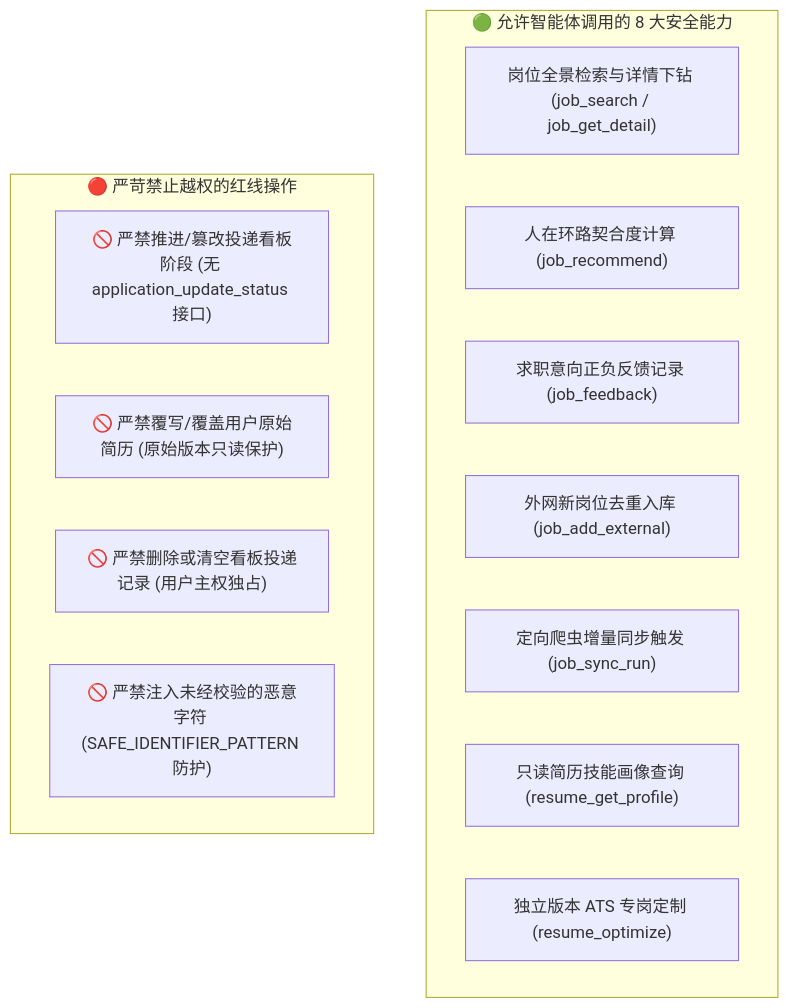
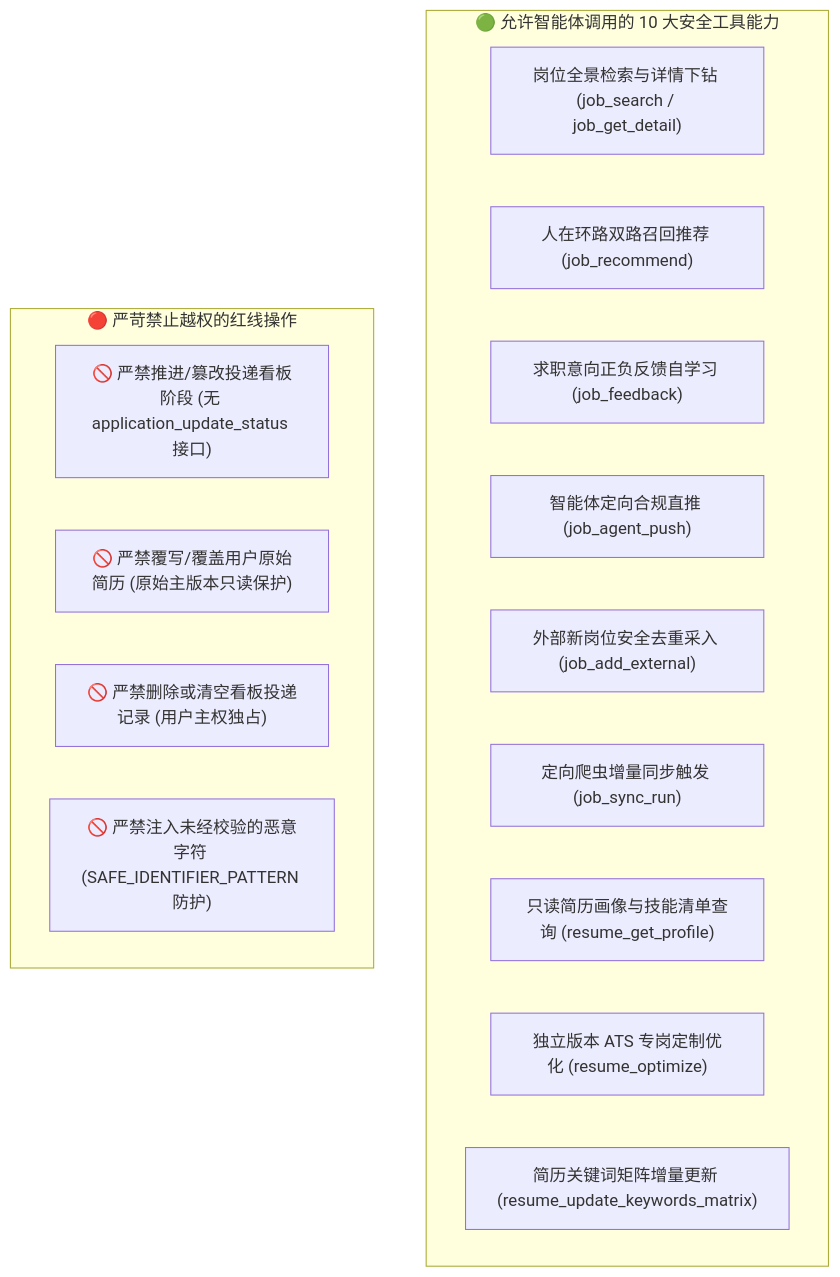
The second of 2 diagrams in docs/mcp-agent-guide.md (wangyh775/JHTracker), drawn with Mermaid before and after one commit. The commit also changed other lines of this file and 64 other files, not shown here.

````diff
--- a/docs/mcp-agent-guide.md
+++ b/docs/mcp-agent-guide.md
@@ -50,19 +54,21 @@
 ```mermaid
 graph TD
-    subgraph AllowedZone ["🟢 允许智能体调用的 8 大安全能力"]
+    subgraph AllowedZone ["🟢 允许智能体调用的 10 大安全工具能力"]
         A1["岗位全景检索与详情下钻 (job_search / job_get_detail)"]
-        A2["人在环路契合度计算 (job_recommend)"]
-        A3["求职意向正负反馈记录 (job_feedback)"]
-        A4["外网新岗位去重入库 (job_add_external)"]
-        A5["定向爬虫增量同步触发 (job_sync_run)"]
-        A6["只读简历技能画像查询 (resume_get_profile)"]
-        A7["独立版本 ATS 专岗定制 (resume_optimize)"]
+        A2["人在环路双路召回推荐 (job_recommend)"]
+        A3["求职意向正负反馈自学习 (job_feedback)"]
+        A4["智能体定向合规直推 (job_agent_push)"]
+        A5["外部新岗位安全去重采入 (job_add_external)"]
+        A6["定向爬虫增量同步触发 (job_sync_run)"]
+        A7["只读简历画像与技能清单查询 (resume_get_profile)"]
+        A8["独立版本 ATS 专岗定制优化 (resume_optimize)"]
+        A9["简历关键词矩阵增量更新 (resume_update_keywords_matrix)"]
     end
 
     subgraph ForbiddenZone ["🔴 严苛禁止越权的红线操作"]
         F1["🚫 严禁推进/篡改投递看板阶段 (无 application_update_status 接口)"]
-        F2["🚫 严禁覆写/覆盖用户原始简历 (原始版本只读保护)"]
+        F2["🚫 严禁覆写/覆盖用户原始简历 (原始主版本只读保护)"]
         F3["🚫 严禁删除或清空看板投递记录 (用户主权独占)"]
         F4["🚫 严禁注入未经校验的恶意字符 (SAFE_IDENTIFIER_PATTERN 防护)"]
     end
 ```
````
